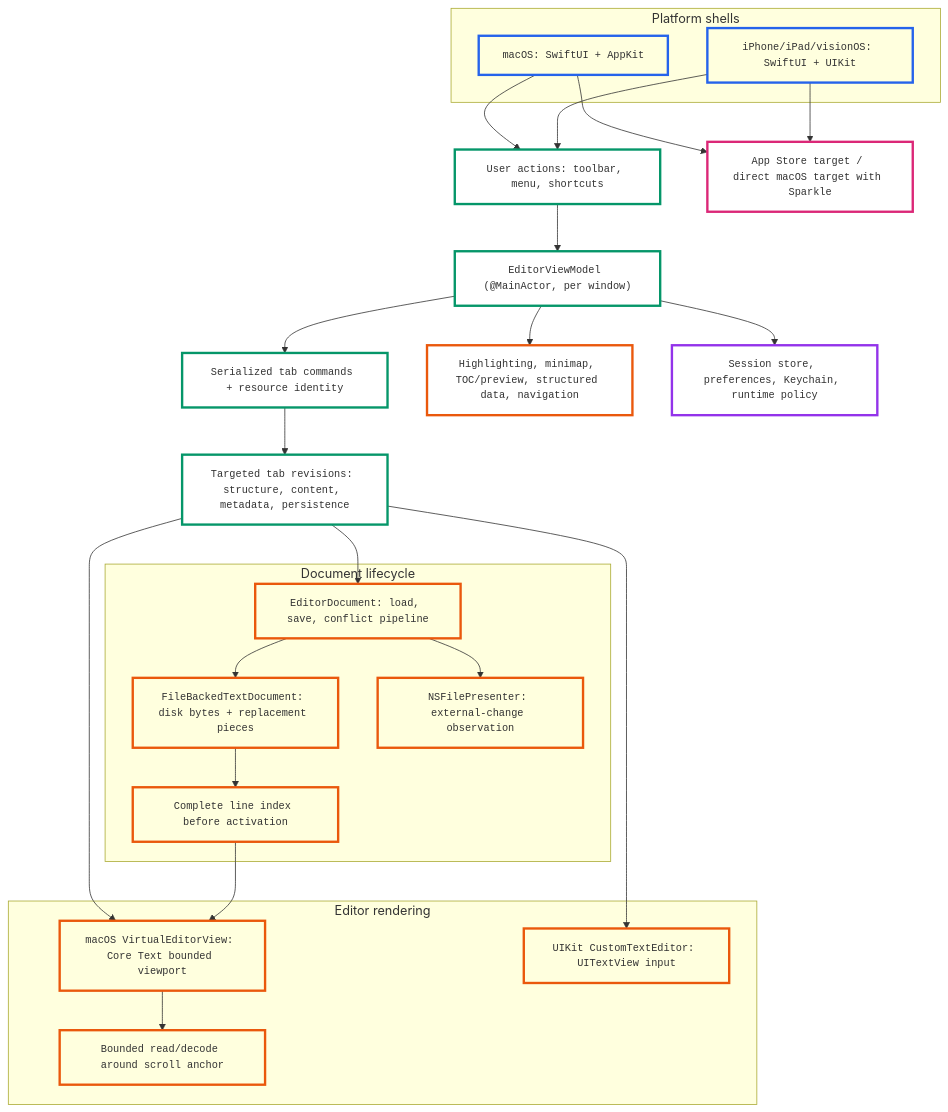
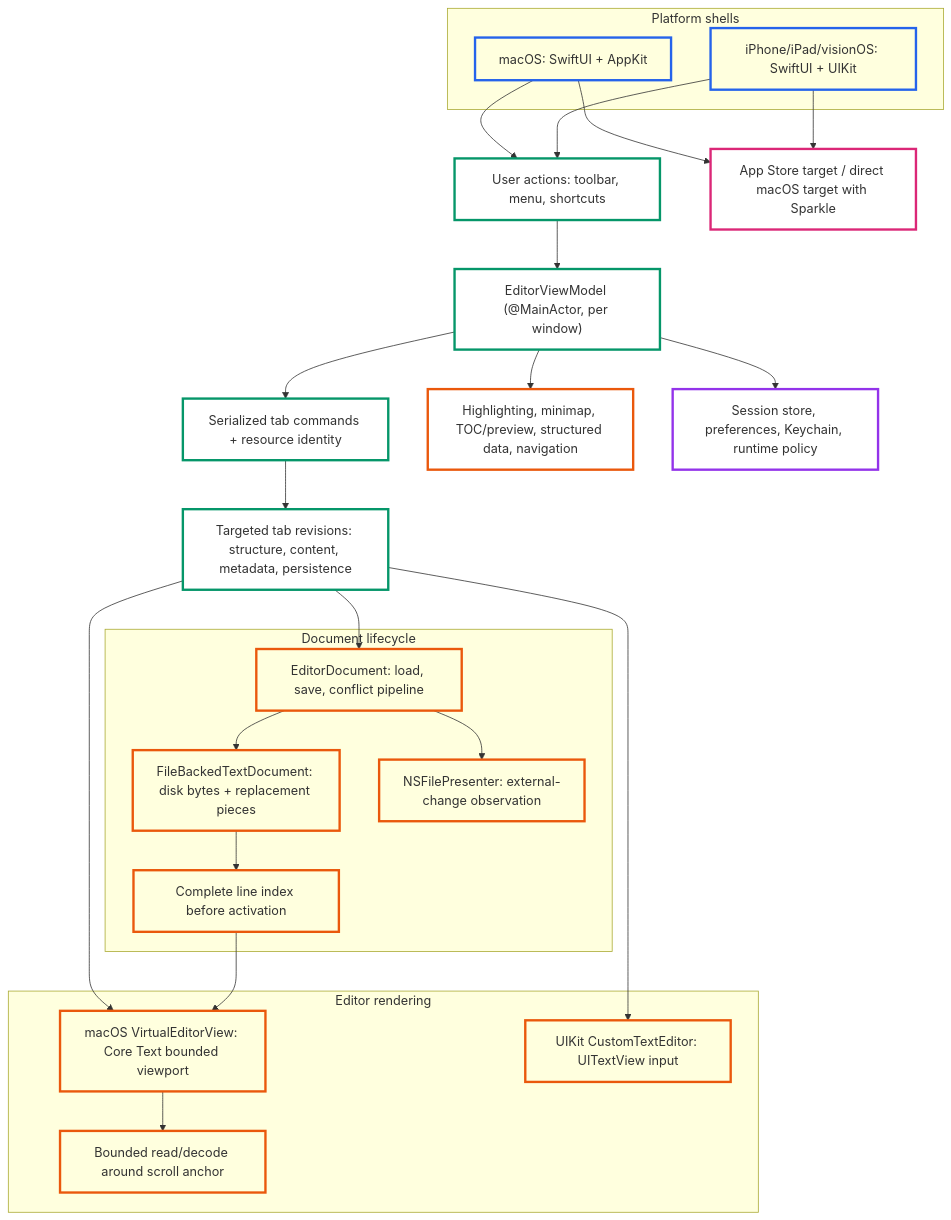
Before and after one commit to h3pdesign/Neon-Vision-Editor: the first of 2 diagrams in README.md, drawn with Mermaid.

Commit message:
docs: fix README architecture diagram rendering

````diff
--- a/README.md
+++ b/README.md
@@ -442,54 +442,54 @@
 ```mermaid
 flowchart TB
   subgraph PLATFORM[Platform shells]
     MAC["macOS: SwiftUI + AppKit"]
     TOUCH["iPhone/iPad/visionOS: SwiftUI + UIKit"]
   end
 
   ACTIONS["User actions: toolbar, menu, shortcuts"]
   VM["EditorViewModel (@MainActor, per window)"]
   COMMANDS["Serialized tab commands + resource identity"]
   REVISIONS["Targeted tab revisions: structure, content, metadata, persistence"]
 
   subgraph DOCUMENTS[Document lifecycle]
     DOC["EditorDocument: load, save, conflict pipeline"]
     FBD["FileBackedTextDocument: disk bytes + replacement pieces"]
     INDEX["Complete line index before activation"]
     OBS["NSFilePresenter: external-change observation"]
   end
 
   subgraph RENDERING[Editor rendering]
     MACVIEW["macOS VirtualEditorView: Core Text bounded viewport"]
     VIEWPORT["Bounded read/decode around scroll anchor"]
     UIKITTEXT["UIKit CustomTextEditor: UITextView input"]
   end
 
   SERVICES["Highlighting, minimap, TOC/preview, structured data, navigation"]
   INFRA["Session store, preferences, Keychain, runtime policy"]
   DIST["App Store target / direct macOS target with Sparkle"]
 
   MAC --> ACTIONS
   TOUCH --> ACTIONS
   ACTIONS --> VM --> COMMANDS --> REVISIONS
   REVISIONS --> DOC
   REVISIONS --> MACVIEW
   REVISIONS --> UIKITTEXT
   DOC --> FBD --> INDEX --> MACVIEW --> VIEWPORT
   DOC --> OBS
   VM --> SERVICES
   VM --> INFRA
   MAC --> DIST
   TOUCH --> DIST
 
-  classDef platform stroke:#2563EB,stroke-width:3px,fill:transparent,font-family:ui-monospace\, SFMono-Regular\, Menlo\, Monaco\, Consolas\, Liberation Mono\, monospace,font-size:13px;
-  classDef app stroke:#059669,stroke-width:3px,fill:transparent,font-family:ui-monospace\, SFMono-Regular\, Menlo\, Monaco\, Consolas\, Liberation Mono\, monospace,font-size:13px;
-  classDef core stroke:#EA580C,stroke-width:3px,fill:transparent,font-family:ui-monospace\, SFMono-Regular\, Menlo\, Monaco\, Consolas\, Liberation Mono\, monospace,font-size:13px;
-  classDef infra stroke:#9333EA,stroke-width:3px,fill:transparent,font-family:ui-monospace\, SFMono-Regular\, Menlo\, Monaco\, Consolas\, Liberation Mono\, monospace,font-size:13px;
-  classDef distribution stroke:#DB2777,stroke-width:3px,fill:transparent,font-family:ui-monospace\, SFMono-Regular\, Menlo\, Monaco\, Consolas\, Liberation Mono\, monospace,font-size:13px;
+  classDef platform stroke:#2563EB,stroke-width:3px,fill:transparent;
+  classDef app stroke:#059669,stroke-width:3px,fill:transparent;
+  classDef core stroke:#EA580C,stroke-width:3px,fill:transparent;
+  classDef infra stroke:#9333EA,stroke-width:3px,fill:transparent;
+  classDef distribution stroke:#DB2777,stroke-width:3px,fill:transparent;
 
   class MAC,TOUCH platform;
   class ACTIONS,VM,COMMANDS,REVISIONS app;
   class DOC,FBD,INDEX,OBS,MACVIEW,VIEWPORT,UIKITTEXT,SERVICES core;
   class INFRA infra;
   class DIST distribution;
 ```
````
